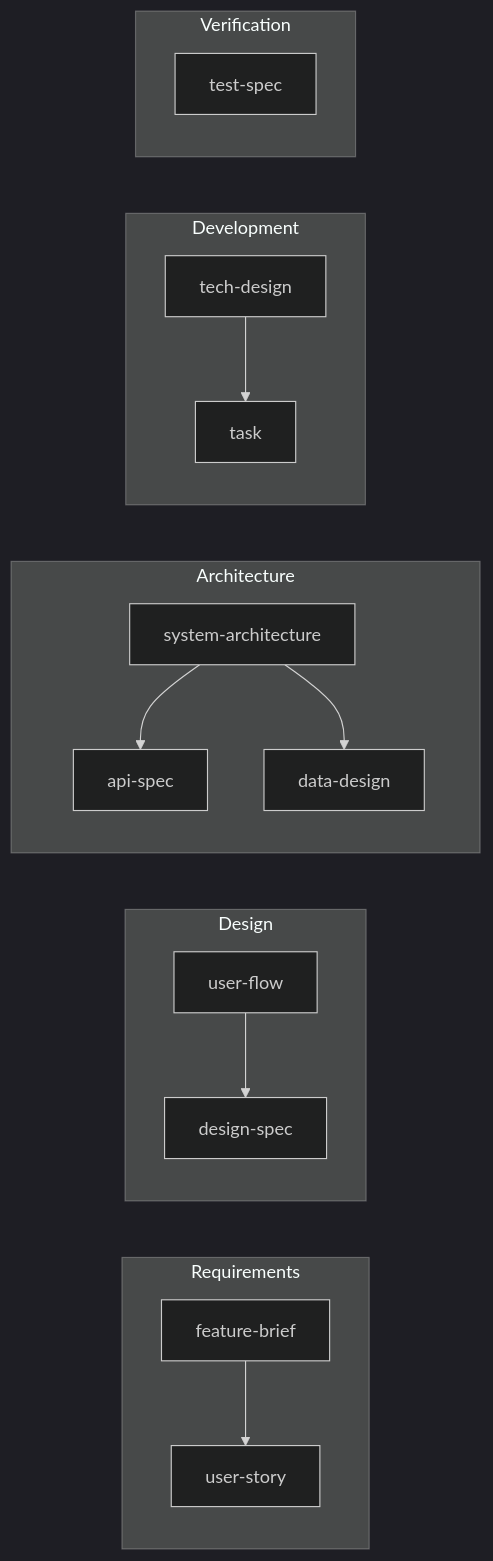
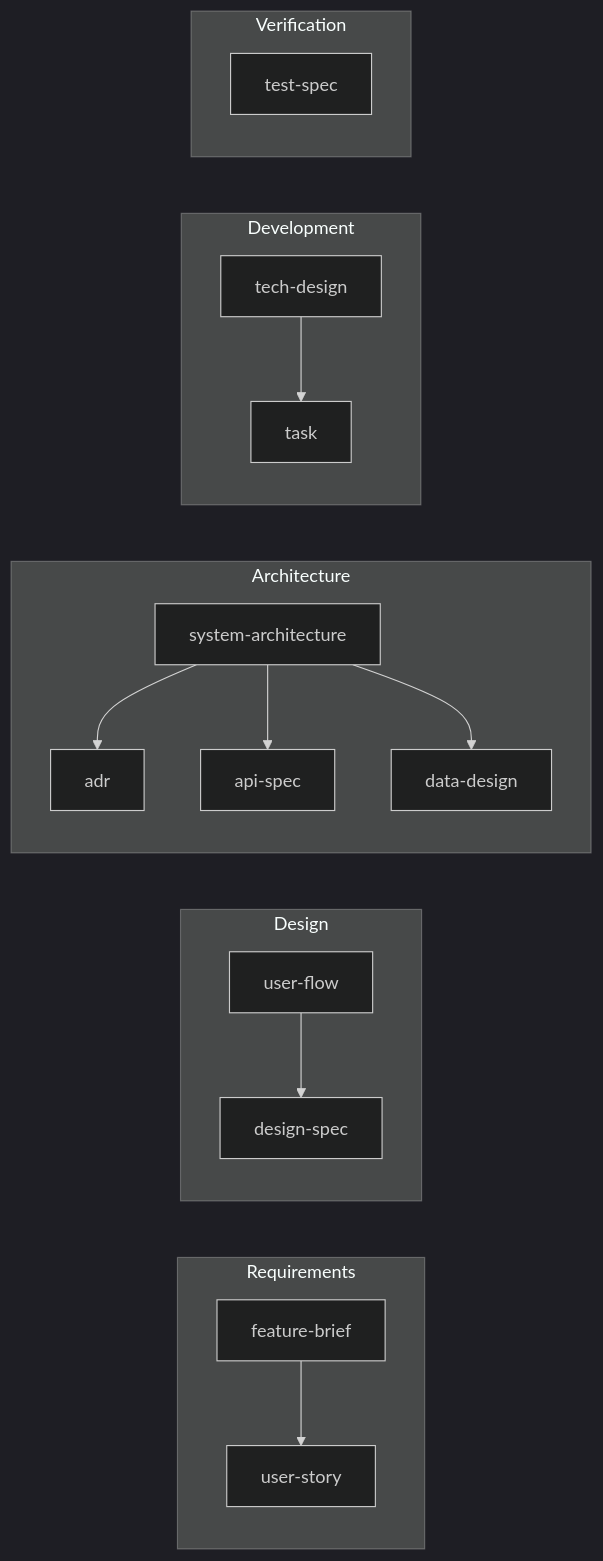
Before and after one commit to clitetailor/artifact-driven-development: the second of 2 diagrams in reference/artifact-dep-graph.md, drawn with Mermaid (dark theme). The commit also changed other lines of this file and 6 other files, not shown here.

````diff
--- a/reference/artifact-dep-graph.md
+++ b/reference/artifact-dep-graph.md
@@ -41,19 +41,20 @@
 ```mermaid
 graph LR
     subgraph REQ[Requirements]
         FB[feature-brief] --> STORY[user-story]
     end
     subgraph DES[Design]
         UF[user-flow] --> DS[design-spec]
     end
     subgraph ARC[Architecture]
+        SA[system-architecture] --> ADR[adr]
         SA[system-architecture] --> API[api-spec]
         SA --> DD[data-design]
     end
     subgraph DEV[Development]
         TD[tech-design] --> TASK[task]
     end
     subgraph VER[Verification]
         TS[test-spec]
     end
 ```
````
